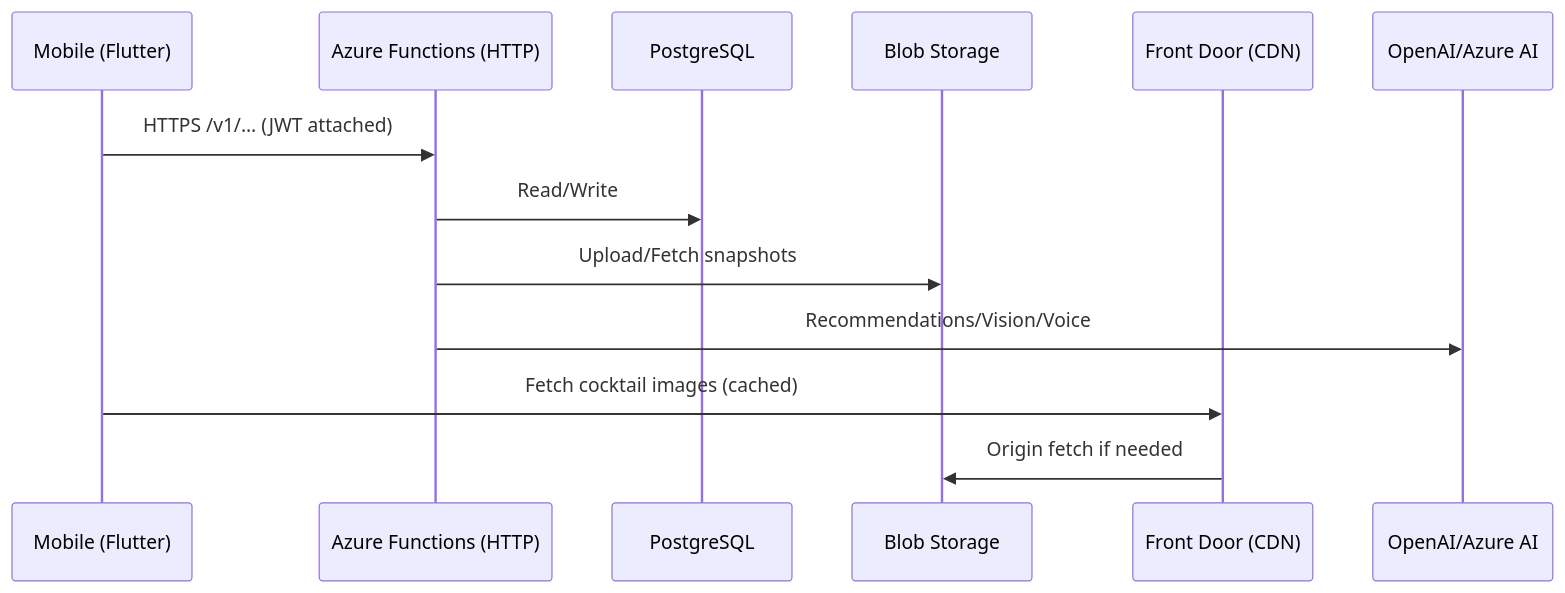
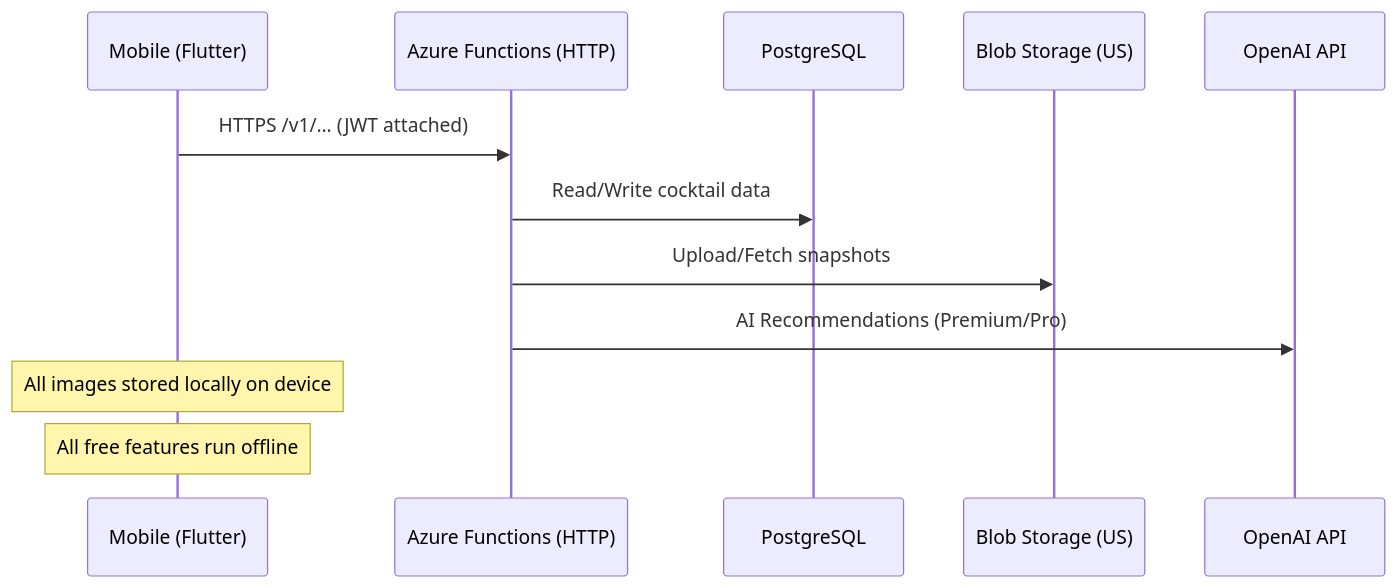
Before and after one commit to gwhitley1969/mybartenderAI-MVP: the first of 2 diagrams in docs/ARCHITECTURE.md, drawn with Mermaid. The commit also changed other lines of this file, not shown here.

First line of the commit message:
Fix ARCHITECTURE.md corrections

````diff
--- a/docs/ARCHITECTURE.md
+++ b/docs/ARCHITECTURE.md
@@ -24,16 +24,15 @@
 ```mermaid
 sequenceDiagram
   participant M as Mobile (Flutter)
   participant F as Azure Functions (HTTP)
   participant DB as PostgreSQL
-  participant B as Blob Storage
-  participant FD as Front Door (CDN)
-  participant AI as OpenAI/Azure AI
+  participant B as Blob Storage (US)
+  participant AI as OpenAI API
 
   M->>F: HTTPS /v1/… (JWT attached)
-  F->>DB: Read/Write
+  F->>DB: Read/Write cocktail data
   F->>B: Upload/Fetch snapshots
-  F->>AI: Recommendations/Vision/Voice
-  M->>FD: Fetch cocktail images (cached)
-  FD->>B: Origin fetch if needed
+  F->>AI: AI Recommendations (Premium/Pro)
+  Note over M: All images stored locally on device
+  Note over M: All free features run offline
 ```
````
